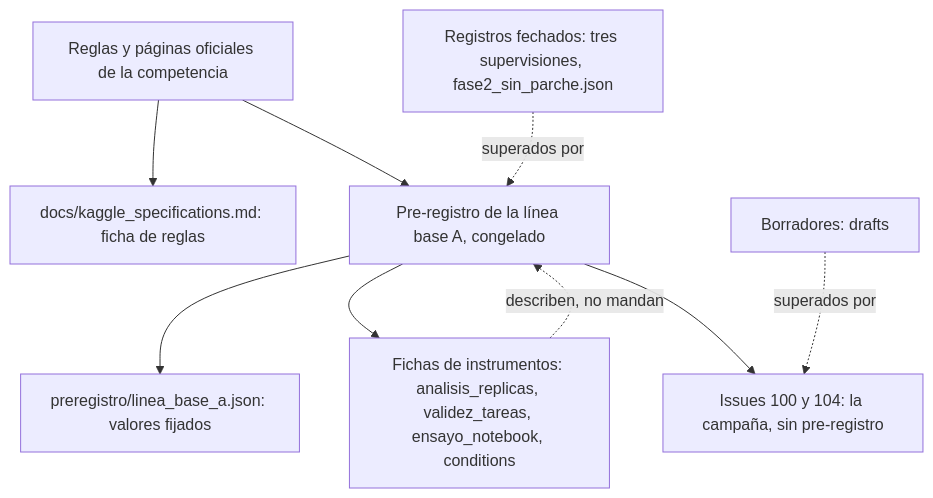
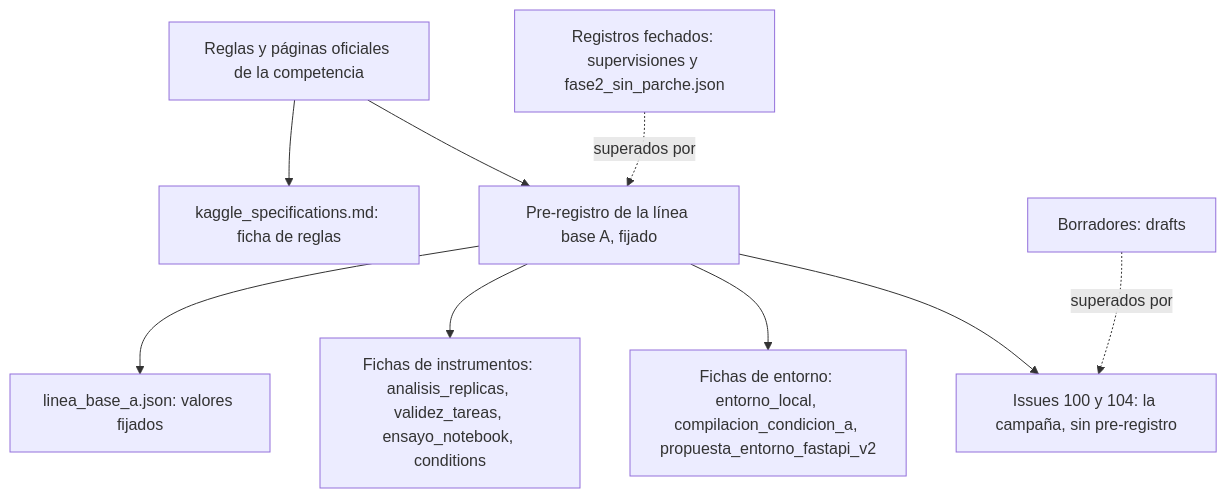
One commit to cherrera0001/Agents_Learning_Loops changed the sixth of 6 diagrams in experiments/gemma_developer_agent/README.md. Above: the diagram before and after it, drawn with Mermaid. The commit also changed other lines of this file and 5 other files, not shown here.

````diff
--- a/experiments/gemma_developer_agent/README.md
+++ b/experiments/gemma_developer_agent/README.md
@@ -682,19 +822,20 @@
 ```mermaid
 flowchart TD
     OF["Reglas y páginas oficiales de la competencia"]
-    ES["docs/kaggle_specifications.md: ficha de reglas"]
-    PR["Pre-registro de la línea base A, congelado"]
-    JS["preregistro/linea_base_a.json: valores fijados"]
+    ES["kaggle_specifications.md: ficha de reglas"]
+    PR["Pre-registro de la línea base A, fijado"]
+    JS["linea_base_a.json: valores fijados"]
     CA["Issues 100 y 104: la campaña, sin pre-registro"]
     FI["Fichas de instrumentos: analisis_replicas, validez_tareas, ensayo_notebook, conditions"]
-    RF["Registros fechados: tres supervisiones, fase2_sin_parche.json"]
+    EN["Fichas de entorno: entorno_local, compilacion_condicion_a, propuesta_entorno_fastapi_v2"]
+    RF["Registros fechados: supervisiones y fase2_sin_parche.json"]
     BO["Borradores: drafts"]
     OF --> ES
     OF --> PR
     PR --> JS
     PR --> FI
+    PR --> EN
     PR --> CA
-    FI -.->|"describen, no mandan"| PR
     RF -.->|"superados por"| PR
     BO -.->|"superados por"| CA
 ```
````
